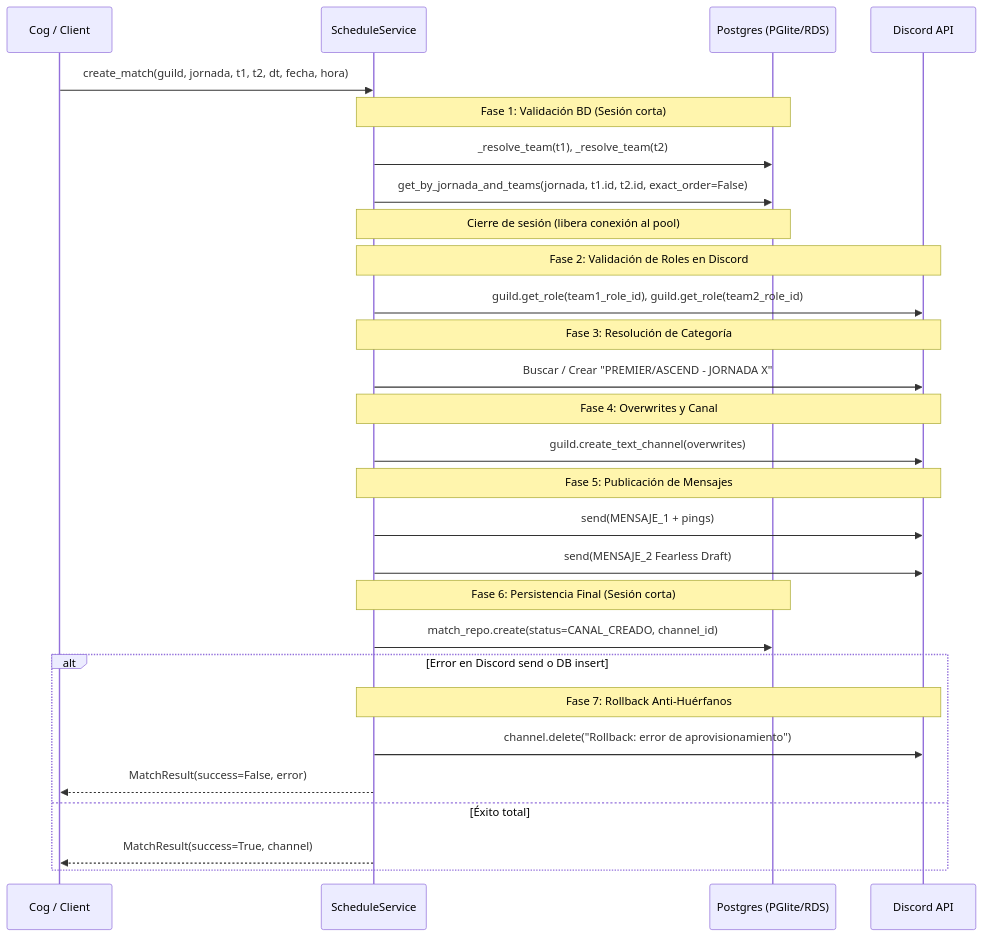
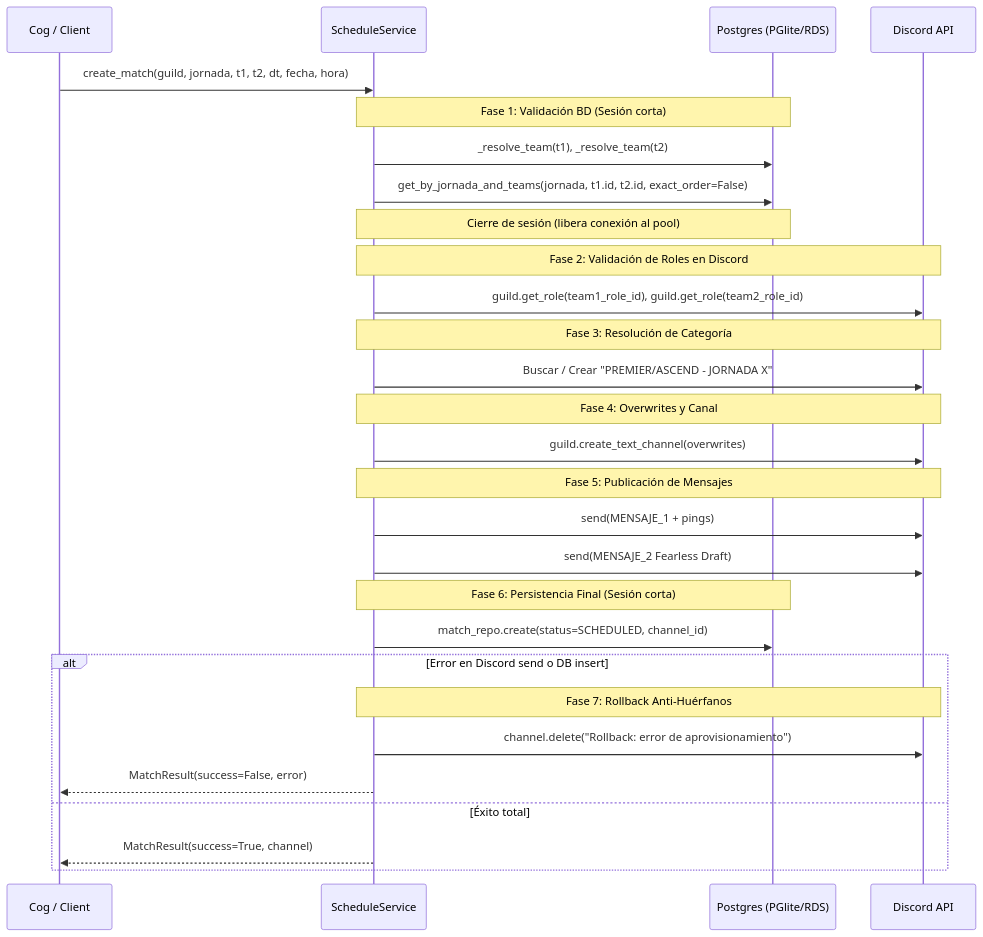
One commit to RCLTeam/DiscordBots changed the diagram in docs/features/schedule/services.md. Above: the diagram before and after it, drawn with Mermaid. The commit also changed other lines of this file and 8 other files, not shown here.

First line of the commit message:
refactor(modelos): eliminar los alias de MatchStatus

````diff
--- a/docs/features/schedule/services.md
+++ b/docs/features/schedule/services.md
@@ -92,38 +92,38 @@
 ```mermaid
 sequenceDiagram
     participant Caller as Cog / Client
     participant Svc as ScheduleService
     participant DB as Postgres (PGlite/RDS)
     participant Disc as Discord API
 
     Caller->>Svc: create_match(guild, jornada, t1, t2, dt, fecha, hora)
     
     Note over Svc,DB: Fase 1: Validación BD (Sesión corta)
     Svc->>DB: _resolve_team(t1), _resolve_team(t2)
     Svc->>DB: get_by_jornada_and_teams(jornada, t1.id, t2.id, exact_order=False)
     Note over Svc,DB: Cierre de sesión (libera conexión al pool)
     
     Note over Svc,Disc: Fase 2: Validación de Roles en Discord
     Svc->>Disc: guild.get_role(team1_role_id), guild.get_role(team2_role_id)
     
     Note over Svc,Disc: Fase 3: Resolución de Categoría
     Svc->>Disc: Buscar / Crear "PREMIER/ASCEND - JORNADA X"
     
     Note over Svc,Disc: Fase 4: Overwrites y Canal
     Svc->>Disc: guild.create_text_channel(overwrites)
     
     Note over Svc,Disc: Fase 5: Publicación de Mensajes
     Svc->>Disc: send(MENSAJE_1 + pings)
     Svc->>Disc: send(MENSAJE_2 Fearless Draft)
     
     Note over Svc,DB: Fase 6: Persistencia Final (Sesión corta)
-    Svc->>DB: match_repo.create(status=CANAL_CREADO, channel_id)
+    Svc->>DB: match_repo.create(status=SCHEDULED, channel_id)
     
     alt Error en Discord send o DB insert
         Note over Svc,Disc: Fase 7: Rollback Anti-Huérfanos
         Svc->>Disc: channel.delete("Rollback: error de aprovisionamiento")
         Svc-->>Caller: MatchResult(success=False, error)
     else Éxito total
         Svc-->>Caller: MatchResult(success=True, channel)
     end
 ```
````
